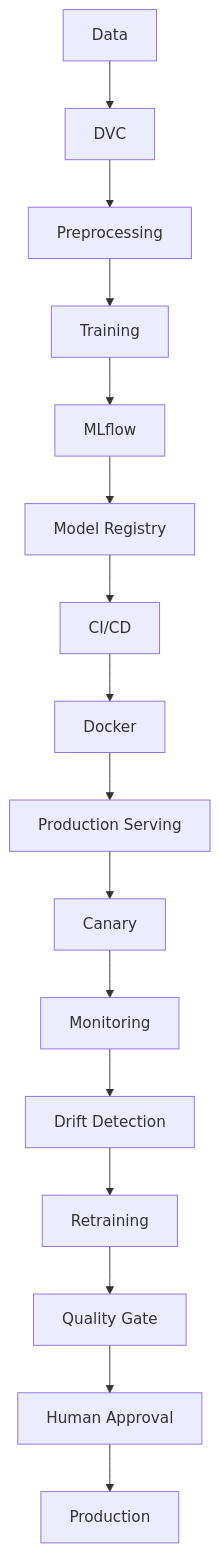
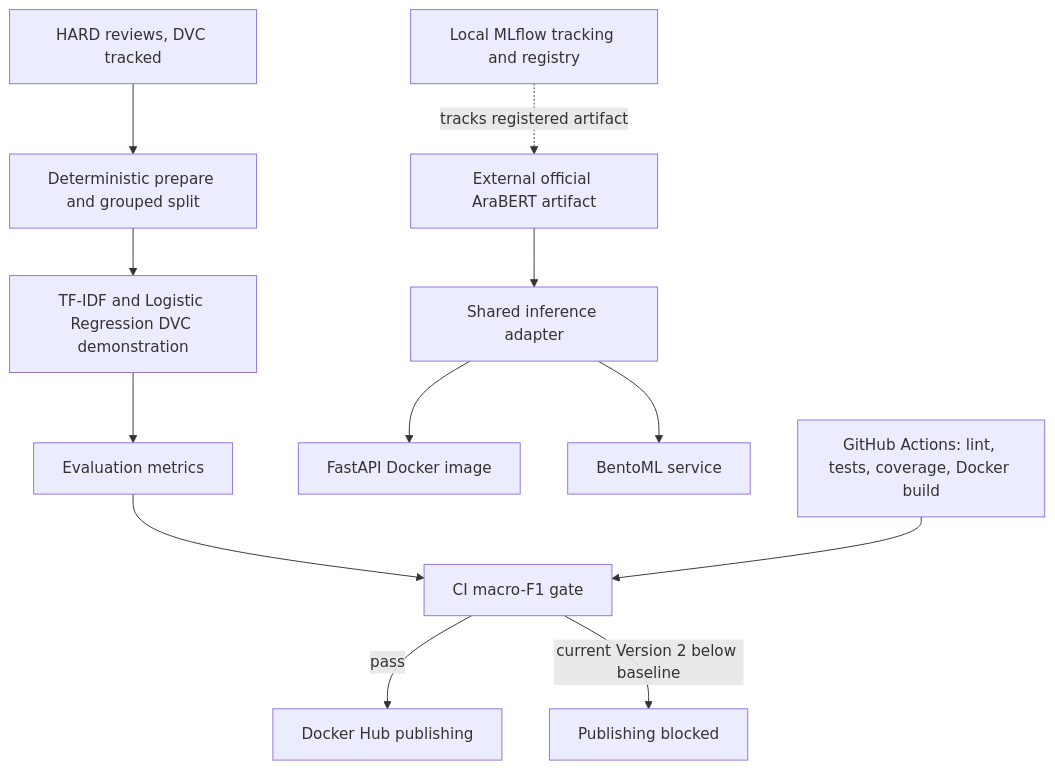
Before and after one commit to m73hashem/arabic-sentiment-mlops: the diagram in README.md, drawn with Mermaid. The commit also changed other lines of this file and 25 other files, not shown here.

````diff
--- a/README.md
+++ b/README.md
@@ -161,18 +233,14 @@
 ```mermaid
 flowchart TD
-    A[Data] --> B[DVC]
-    B --> C[Preprocessing]
-    C --> D[Training]
-    D --> E[MLflow]
-    E --> F[Model Registry]
-    F --> G[CI/CD]
-    G --> H[Docker]
-    H --> I[Production Serving]
-    I --> J[Canary]
-    J --> K[Monitoring]
-    K --> L[Drift Detection]
-    L --> M[Retraining]
-    M --> N[Quality Gate]
-    N --> O[Human Approval]
-    O --> P[Production]
+    RAW[HARD reviews, DVC tracked] --> PREP[Deterministic prepare and grouped split]
+    PREP --> LIGHT[TF-IDF and Logistic Regression DVC demonstration]
+    LIGHT --> EVAL[Evaluation metrics]
+    EVAL --> GATE[CI macro-F1 gate]
+    OFFICIAL[External official AraBERT artifact] --> SHARED[Shared inference adapter]
+    SHARED --> API[FastAPI Docker image]
+    SHARED --> BENTO[BentoML service]
+    MLflow[Local MLflow tracking and registry] -. tracks registered artifact .-> OFFICIAL
+    CI[GitHub Actions: lint, tests, coverage, Docker build] --> GATE
+    GATE -->|pass| PUSH[Docker Hub publishing]
+    GATE -->|current Version 2 below baseline| BLOCK[Publishing blocked]
 ```
````
